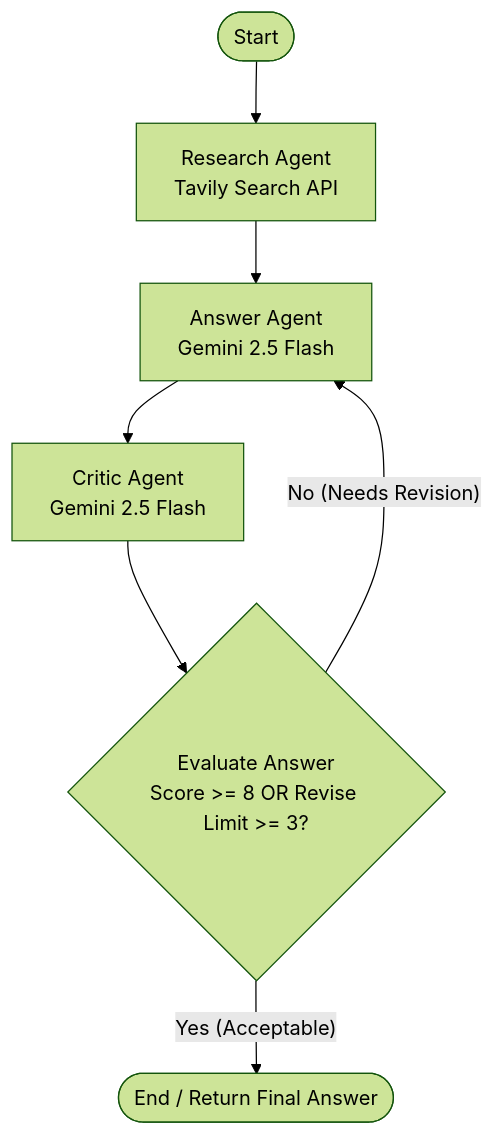
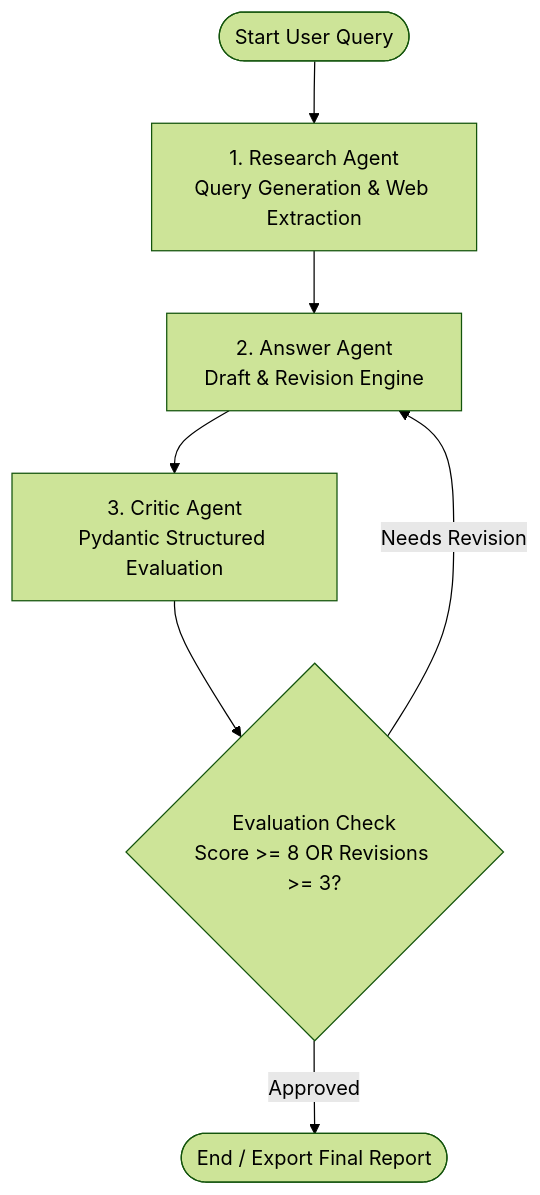
One commit to darshan-pareek/Agentic-AI-Research-Assistant changed the diagram in README.md. Above: the diagram before and after it, drawn with Mermaid (forest theme). The commit also changed other lines of this file, not shown here.

````diff
--- a/README.md
+++ b/README.md
@@ -13,9 +25,9 @@
 ```mermaid
 graph TD
-    START([Start]) --> ResearchAgent[Research Agent<br/>Tavily Search API]
-    ResearchAgent --> AnswerAgent[Answer Agent<br/>Gemini 2.5 Flash]
-    AnswerAgent --> CriticAgent[Critic Agent<br/>Gemini 2.5 Flash]
-    CriticAgent --> Condition{Evaluate Answer<br/>Score >= 8 OR Revise Limit >= 3?}
-    Condition -- Yes (Acceptable) --> END([End / Return Final Answer])
-    Condition -- No (Needs Revision) --> AnswerAgent
+    START([Start User Query]) --> ResearchAgent[1. Research Agent<br/>Query Generation & Web Extraction]
+    ResearchAgent --> AnswerAgent[2. Answer Agent<br/>Draft & Revision Engine]
+    AnswerAgent --> CriticAgent[3. Critic Agent<br/>Pydantic Structured Evaluation]
+    CriticAgent --> Condition{Evaluation Check<br/>Score >= 8 OR Revisions >= 3?}
+    Condition -- Approved --> END([End / Export Final Report])
+    Condition -- Needs Revision --> AnswerAgent
 ```
````
